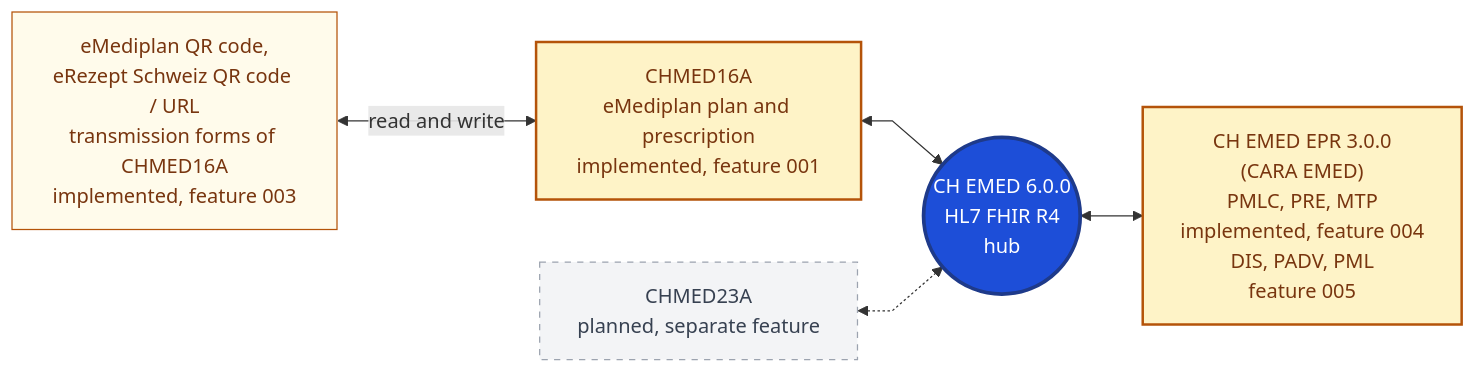
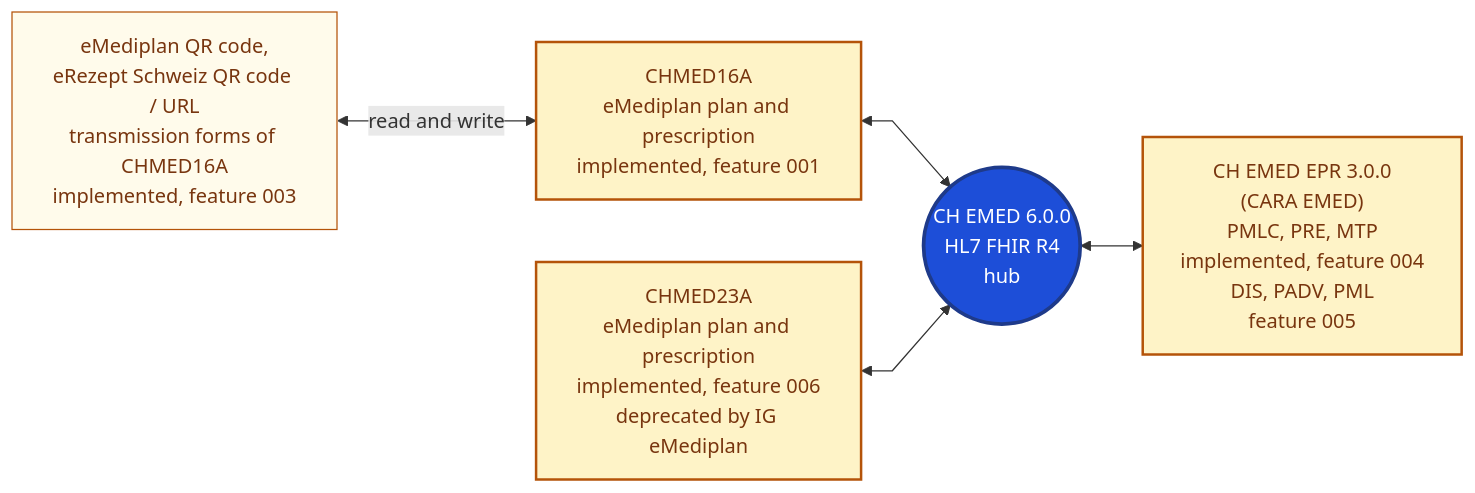
Before and after one commit to ehealthsuisse/ch-emed-converter: the fourth of 4 diagrams in docs/architecture.md, drawn with Mermaid. The commit also changed other lines of this file and 15 other files, not shown here.

````diff
--- a/docs/architecture.md
+++ b/docs/architecture.md
@@ -186,24 +190,23 @@
 ```mermaid
 %%{init: {"flowchart": {"curve": "linear"}}}%%
 flowchart LR
     ERX["eMediplan QR code,<br/>eRezept Schweiz QR code / URL<br/>transmission forms of CHMED16A<br/>implemented, feature 003"]
     CHMED16A["CHMED16A<br/>eMediplan plan and prescription<br/>implemented, feature 001"]
-    CHMED23A["CHMED23A<br/>planned, separate feature"]
+    CHMED23A["CHMED23A<br/>eMediplan plan and prescription<br/>implemented, feature 006<br/>deprecated by IG eMediplan"]
     HUB(("CH EMED 6.0.0<br/>HL7 FHIR R4<br/>hub"))
     EPR["CH EMED EPR 3.0.0<br/>(CARA EMED)<br/>PMLC, PRE, MTP<br/>implemented, feature 004<br/>DIS, PADV, PML<br/>feature 005"]
 
     ERX <-->|read and write| CHMED16A
     CHMED16A <--> HUB
-    CHMED23A <-.-> HUB
+    CHMED23A <--> HUB
     HUB <--> EPR
 
     classDef hub fill:#1d4ed8,stroke:#1e3a8a,stroke-width:3px,color:#ffffff
     classDef plugin fill:#fef3c7,stroke:#b45309,stroke-width:2px,color:#78350f
     classDef form fill:#fffbeb,stroke:#b45309,color:#78350f
     classDef planned fill:#f3f4f6,stroke:#9ca3af,color:#374151,stroke-dasharray: 5 5
 
     class HUB hub
-    class CHMED16A,EPR plugin
+    class CHMED16A,CHMED23A,EPR plugin
     class ERX form
-    class CHMED23A planned
 ```
````
